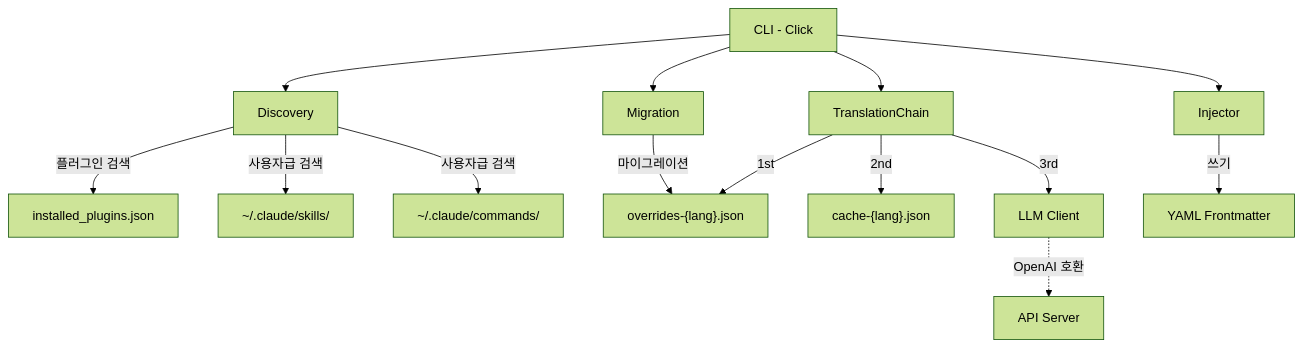
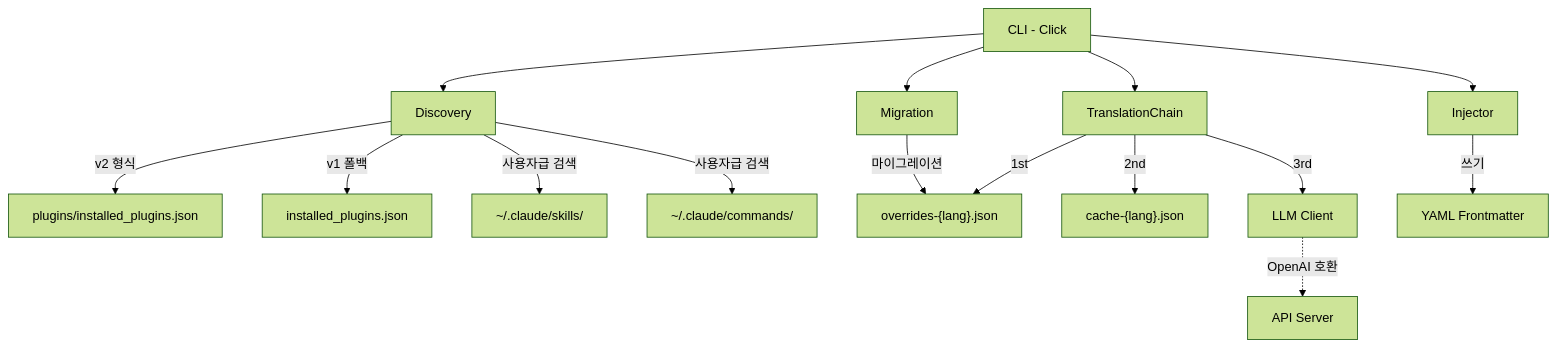
Before and after one commit to debug-zhuweijian/claude-translator: the second of 2 diagrams in README.ko.md, drawn with Mermaid (forest theme). The commit also changed other lines of this file and 4 other files, not shown here.

````diff
--- a/README.ko.md
+++ b/README.ko.md
@@ -183,20 +232,21 @@
 ```mermaid
 graph TB
     CLI[CLI - Click] --> DISC[Discovery]
     CLI --> TRANS[TranslationChain]
     CLI --> INJ[Injector]
     CLI --> MIGR[Migration]
 
-    DISC --> |플러그인 검색| PLUGIN[installed_plugins.json]
-    DISC --> |사용자급 검색| USER[~/.claude/skills/]
-    DISC --> |사용자급 검색| USERC[~/.claude/commands/]
+    DISC --> |v2 형식| V2["plugins/installed_plugins.json"]
+    DISC --> |v1 폴백| V1["installed_plugins.json"]
+    DISC --> |사용자급 검색| USER["~/.claude/skills/"]
+    DISC --> |사용자급 검색| USERC["~/.claude/commands/"]
 
     TRANS --> |1st| OV["overrides-{lang}.json"]
     TRANS --> |2nd| CACHE["cache-{lang}.json"]
     TRANS --> |3rd| LLM[LLM Client]
 
     INJ --> |쓰기| FM[YAML Frontmatter]
     MIGR --> |마이그레이션| OV
 
     LLM -.-> |OpenAI 호환| API[API Server]
 ```
````
